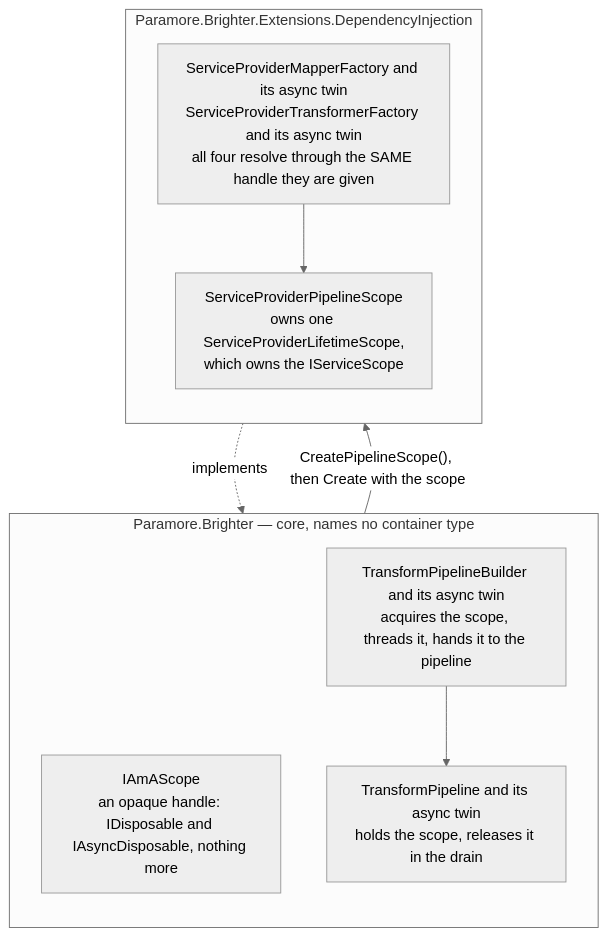
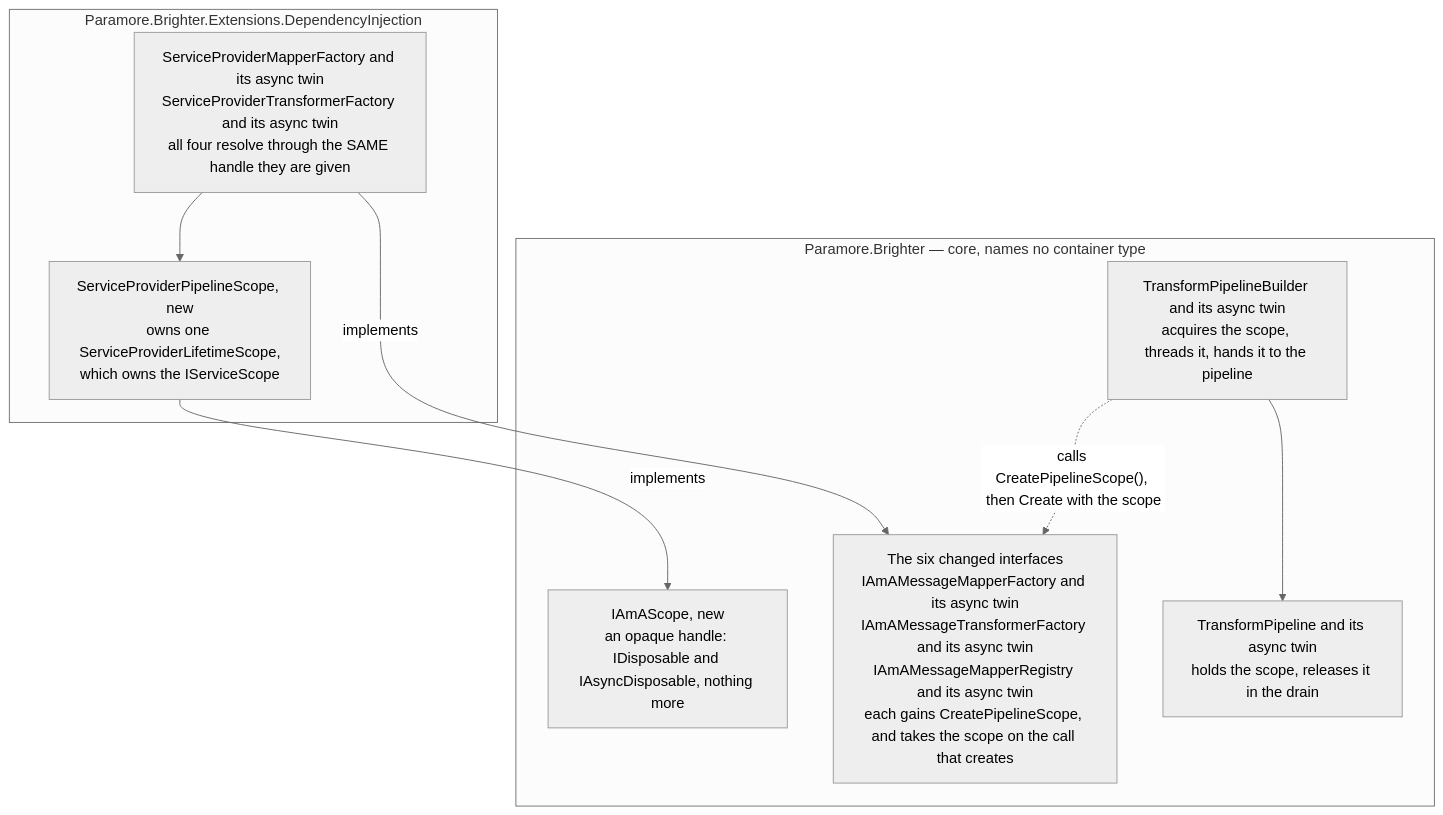
Before and after one commit to BrighterCommand/Brighter: the second of 2 diagrams in docs/adr/0070-per-pipeline-di-scope-for-mapper-and-transform-factories.md, drawn with Mermaid (neutral theme). The commit also changed other lines of this file and 5 other files, not shown here.

````diff
--- a/docs/adr/0070-per-pipeline-di-scope-for-mapper-and-transform-factories.md
+++ b/docs/adr/0070-per-pipeline-di-scope-for-mapper-and-transform-factories.md
@@ -132,20 +138,20 @@
 ```mermaid
 flowchart TB
     subgraph core["Paramore.Brighter — core, names no container type"]
-        direction TB
-        handle["IAmAScope<br/>an opaque handle: IDisposable and IAsyncDisposable, nothing more"]
+        handle["IAmAScope, new<br/>an opaque handle: IDisposable and IAsyncDisposable, nothing more"]
+        ifaces["The six changed interfaces<br/>IAmAMessageMapperFactory and its async twin<br/>IAmAMessageTransformerFactory and its async twin<br/>IAmAMessageMapperRegistry and its async twin<br/>each gains CreatePipelineScope, and takes the scope on the call that creates"]
         builder["TransformPipelineBuilder and its async twin<br/>acquires the scope, threads it, hands it to the pipeline"]
         pipe["TransformPipeline and its async twin<br/>holds the scope, releases it in the drain"]
         builder --> pipe
     end
 
     subgraph di["Paramore.Brighter.Extensions.DependencyInjection"]
-        direction TB
-        scope["ServiceProviderPipelineScope<br/>owns one ServiceProviderLifetimeScope,<br/>which owns the IServiceScope"]
+        scope["ServiceProviderPipelineScope, new<br/>owns one ServiceProviderLifetimeScope,<br/>which owns the IServiceScope"]
         facs["ServiceProviderMapperFactory and its async twin<br/>ServiceProviderTransformerFactory and its async twin<br/>all four resolve through the SAME handle they are given"]
         facs --> scope
     end
 
-    builder -- "CreatePipelineScope(), then Create with the scope" --> facs
-    scope -. "implements" .-> handle
+    facs -- "implements" --> ifaces
+    scope -- "implements" --> handle
+    builder -. "calls CreatePipelineScope(), then Create with the scope" .-> ifaces
 ```
````
